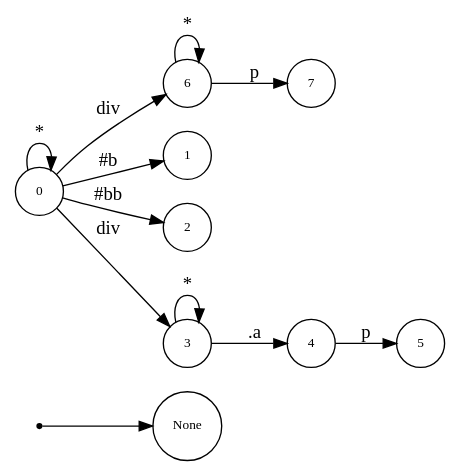
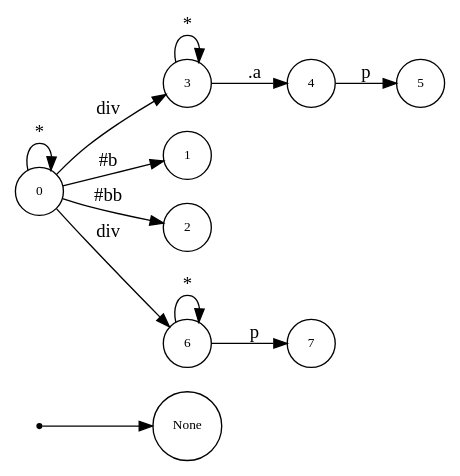
The diagram in css-gen-op/testcase/dot_quad.dot (asukaminato0721/css-bitvector-compiler), drawn with Graphviz before and after one commit. The commit also changed other lines of this file and 49 other files, not shown here.

```diff
--- a/css-gen-op/testcase/dot_quad.dot
+++ b/css-gen-op/testcase/dot_quad.dot
@@ -1,25 +1,25 @@
 digraph NFA {
   rankdir=LR;
   node [shape=circle, fontsize=10];
   __start [shape=point, label=""];
   __start -> None;
+  3 [label="3"];
+  1 [label="1"];
   4 [label="4"];
+  2 [label="2"];
+  0 [label="0"];
+  5 [label="5"];
   6 [label="6"];
-  5 [label="5"];
-  1 [label="1"];
-  2 [label="2"];
-  3 [label="3"];
   7 [label="7"];
-  0 [label="0"];
   { node [shape=doublecircle]; 1 2 5 7 }
   0 -> 0 [label="*"];
   0 -> 1 [label="#b"];
   0 -> 2 [label="#bb"];
   0 -> 3 [label="div"];
   3 -> 3 [label="*"];
   3 -> 4 [label=".a"];
   4 -> 5 [label="p"];
   0 -> 6 [label="div"];
   6 -> 6 [label="*"];
   6 -> 7 [label="p"];
 }
```
